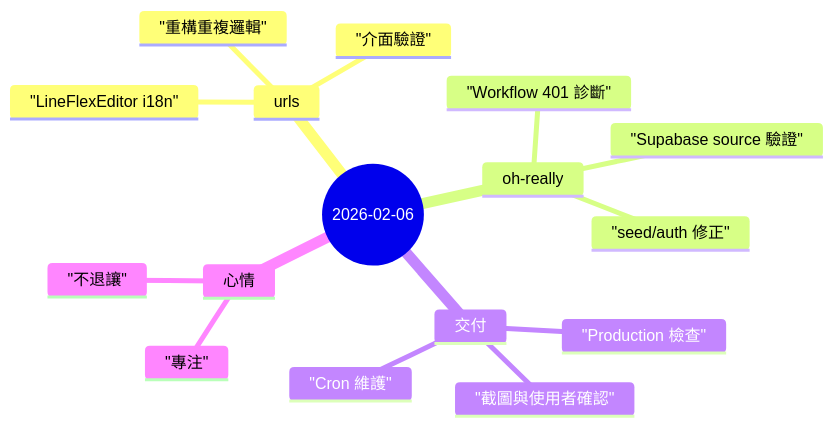
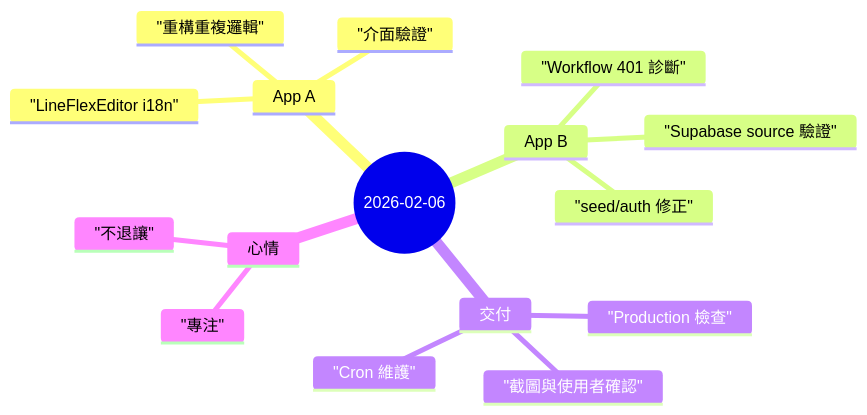
One commit to shaaaannn/shaaaannn.github.io changed the diagram in content/zh/journal/2026/02/2026-02-06.md. Above: the diagram before and after it, drawn with Mermaid. The commit also changed other lines of this file and 3 other files, not shown here.

````diff
--- a/content/zh/journal/2026/02/2026-02-06.md
+++ b/content/zh/journal/2026/02/2026-02-06.md
@@ -11,19 +11,19 @@
 ```mermaid
 mindmap
   root((2026-02-06))
-    urls
+    App A
       "LineFlexEditor i18n"
       "重構重複邏輯"
       "介面驗證"
-    oh-really
+    App B
       "Workflow 401 診斷"
       "Supabase source 驗證"
       "seed/auth 修正"
     交付
       "Production 檢查"
       "截圖與使用者確認"
       "Cron 維護"
     心情
       "專注"
       "不退讓"
 ```
````
